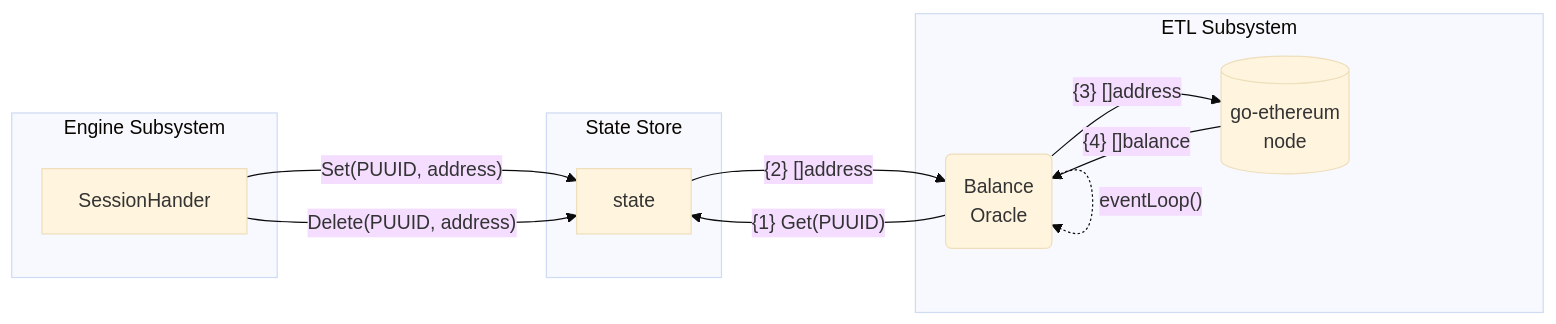
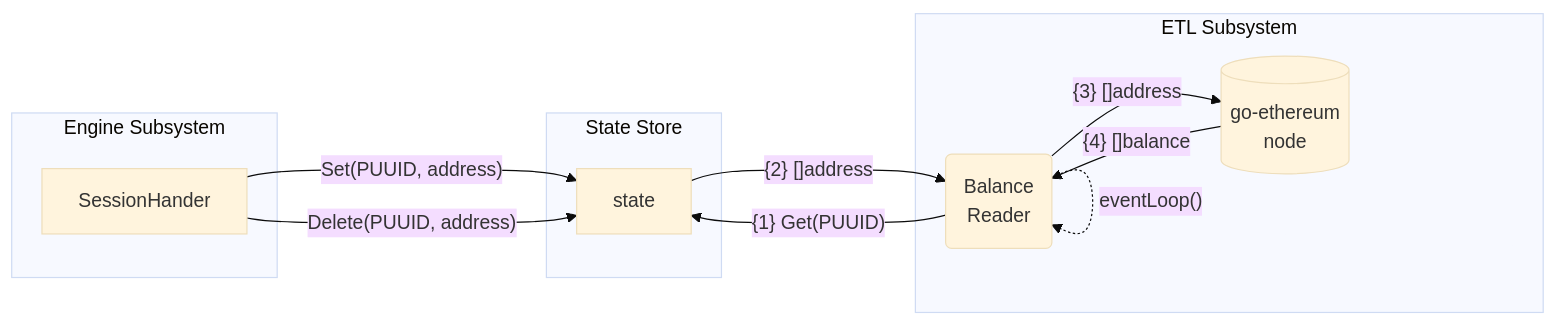
Before and after one commit to base-org/pessimism: the fourth of 5 diagrams in docs/architecture/etl.markdown, drawn with Mermaid (base theme). The commit also changed other lines of this file and 41 other files, not shown here.

```diff
--- a/docs/architecture/etl.markdown
+++ b/docs/architecture/etl.markdown
@@ -193,26 +192,26 @@
 <div class="mermaid">
 graph LR;
     subgraph SB["State Store"]
         state
     end
 
     subgraph EM["Engine Subsystem"]
 
         SessionHander --> |"Set(PUUID, address)"|state
         SessionHander --> |"Delete(PUUID, address)"|state
     end
 
     subgraph ETL["ETL Subsystem"]
 
         BO --> |"{3} []address"|GETH[("go-ethereum 
                             node")]
 
         GETH --> |"{4} []balance"|BO
 
         BO("Balance
-        Oracle") --> |"{1} Get(PUUID)"|state
+        Reader") --> |"{1} Get(PUUID)"|state
         BO -."eventLoop()".-> BO
 
         state --> |"{2} []address"|BO
     end
 </div>
```
